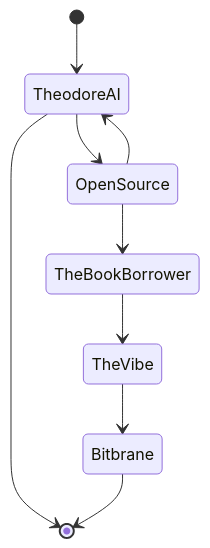
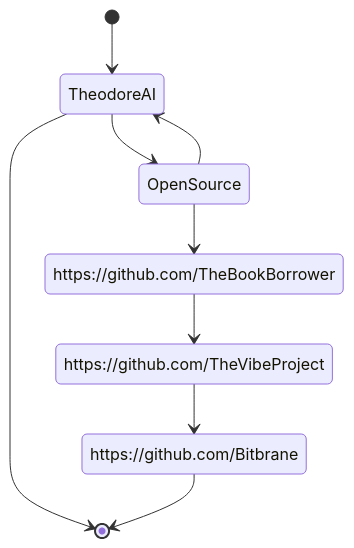
One commit to TheodoreAI/TheodoreAI changed the diagram in README.md. Above: the diagram before and after it, drawn with Mermaid. The commit also changed other lines of this file, not shown here.

````diff
--- a/README.md
+++ b/README.md
@@ -14,12 +14,15 @@
  ```mermaid
   stateDiagram-v2
   [*] --> TheodoreAI
   TheodoreAI --> [*]
 
   TheodoreAI --> OpenSource
   OpenSource --> TheodoreAI
   OpenSource --> TheBookBorrower
   TheBookBorrower --> TheVibe
   TheVibe --> Bitbrane
   Bitbrane --> [*]
+  TheBookBorrower: https://github.com/TheBookBorrower
+  TheVibe: https://github.com/TheVibeProject
+  Bitbrane: https://github.com/Bitbrane
 ```
````
